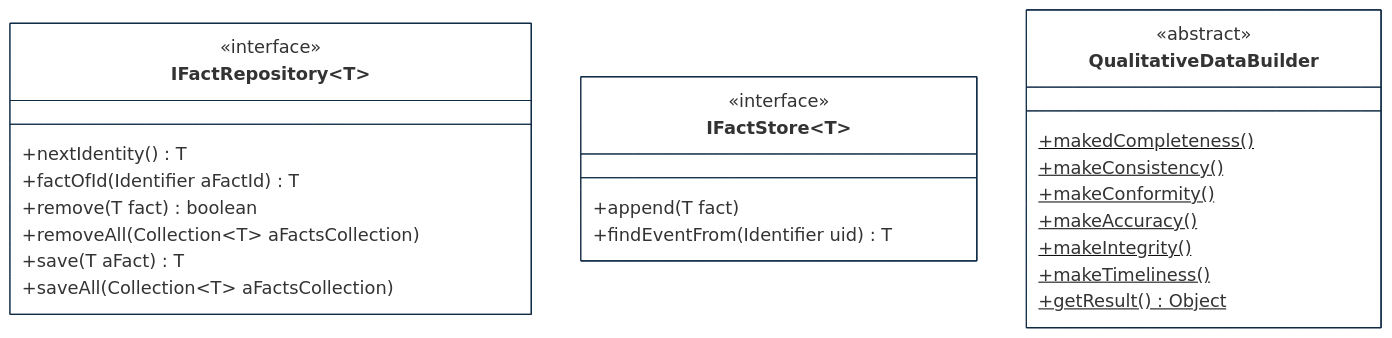
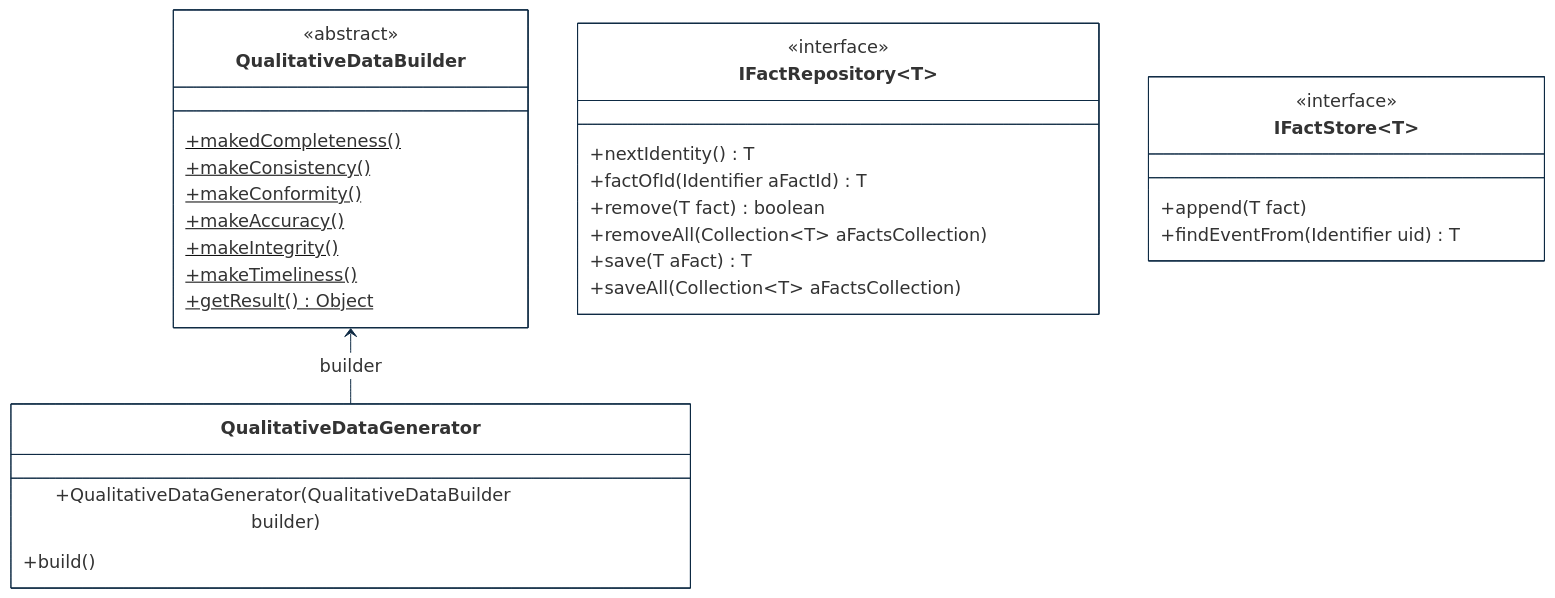
The second of 4 diagrams in implementations-line/framework/immutable/designview-packages.md (cybnity/foundation), drawn with Mermaid before and after one commit. The commit also changed other lines of this file and 1 other file, not shown here.

````diff
--- a/implementations-line/framework/immutable/designview-packages.md
+++ b/implementations-line/framework/immutable/designview-packages.md
@@ -105,45 +116,51 @@
 ```mermaid
 %%{
   init: {
     'theme': 'base',
     'themeVariables': {
         'background': '#ffffff',
         'fontFamily': 'arial',
         'fontSize': '18px',
         'primaryColor': '#fff',
         'primaryBorderColor': '#0e2a43',
         'secondaryBorderColor': '#0e2a43',
         'tertiaryBorderColor': '#0e2a43',
         'edgeLabelBackground':'#0e2a43',
         'lineColor': '#0e2a43',
         'tertiaryColor': '#fff'
     }
   }
 }%%
 classDiagram
+    QualitativeDataBuilder <-- QualitativeDataGenerator : builder
+
     class IFactRepository~T~ {
         <<interface>>
         +nextIdentity() T
         +factOfId(Identifier aFactId) T
         +remove(T fact) boolean
         +removeAll(Collection~T~ aFactsCollection)
         +save(T aFact) T
         +saveAll(Collection~T~ aFactsCollection)
     }
     class IFactStore~T~ {
         <<interface>>
         +append(T fact)
         +findEventFrom(Identifier uid) T
     }
     class QualitativeDataBuilder {
         <<abstract>>
         +makedCompleteness()$
         +makeConsistency()$
         +makeConformity()$
         +makeAccuracy()$
         +makeIntegrity()$
         +makeTimeliness()$
         +getResult()$ Object
     }
+    class QualitativeDataGenerator {
+        +QualitativeDataGenerator(QualitativeDataBuilder builder)
+        +build()
+    }
 
 ```
````
